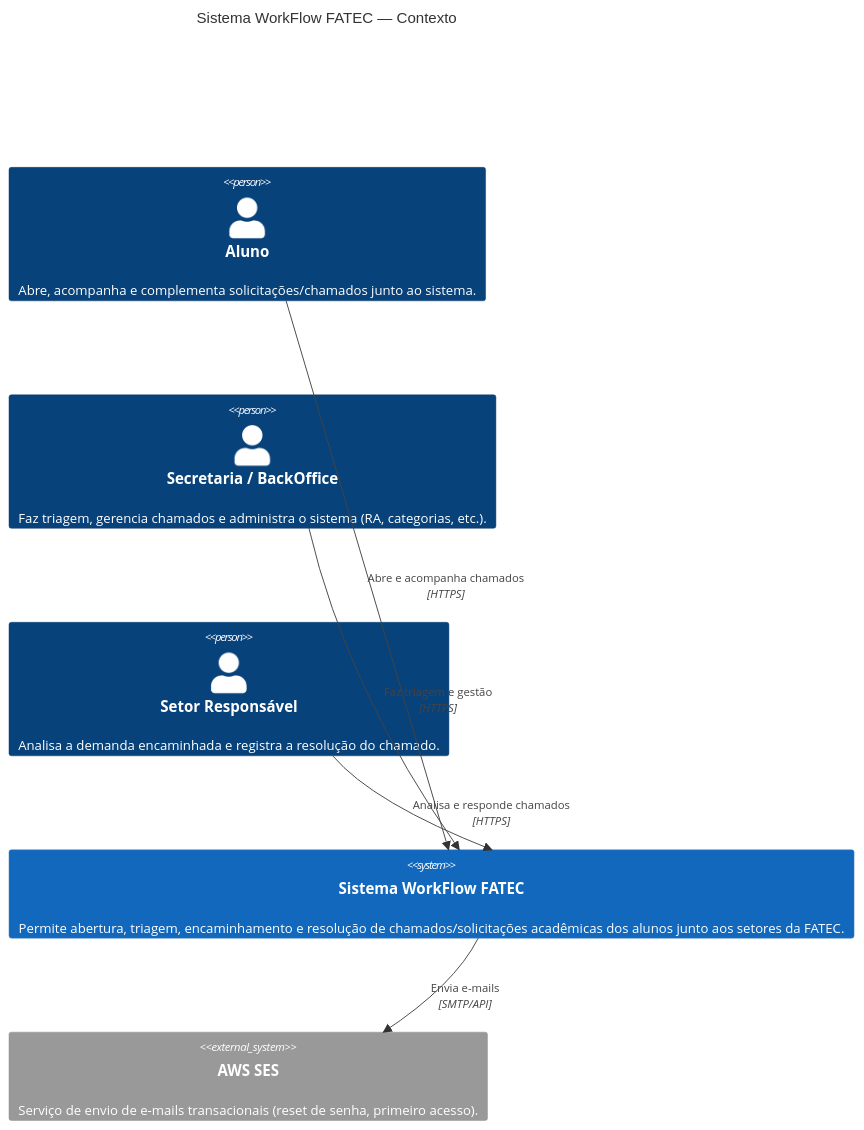
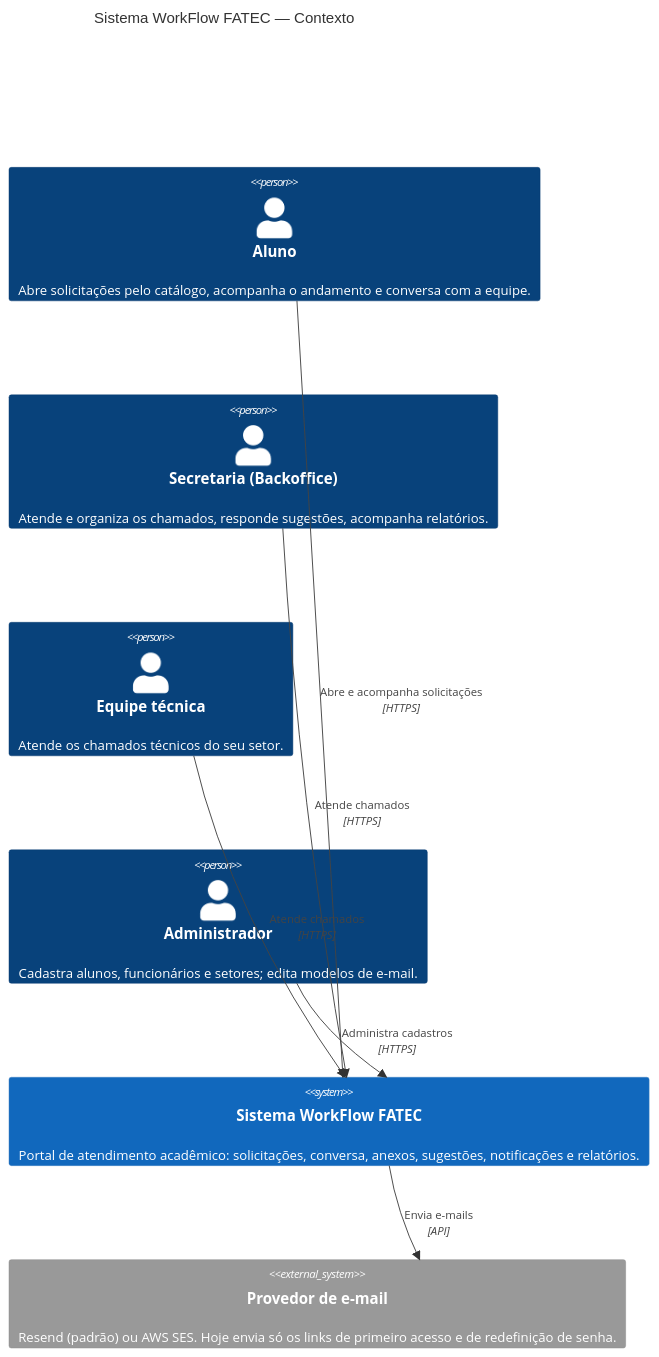
The diagram in docs/Diagrama_C4/01_Contexto.mdx (4dsm2026/docs_fatecProjeto), drawn with Mermaid before and after one commit. The commit also changed other lines of this file and 9 other files, not shown here.

````diff
--- a/docs/Diagrama_C4/01_Contexto.mdx
+++ b/docs/Diagrama_C4/01_Contexto.mdx
@@ -10,19 +10,21 @@
 ```mermaid
 C4Context
     title Sistema WorkFlow FATEC — Contexto
 
-    Person(aluno, "Aluno", "Abre, acompanha e complementa solicitações/chamados junto ao sistema.")
-    Person(secretaria, "Secretaria / BackOffice", "Faz triagem, gerencia chamados e administra o sistema (RA, categorias, etc.).")
-    Person(setor, "Setor Responsável", "Analisa a demanda encaminhada e registra a resolução do chamado.")
+    Person(aluno, "Aluno", "Abre solicitações pelo catálogo, acompanha o andamento e conversa com a equipe.")
+    Person(secretaria, "Secretaria (Backoffice)", "Atende e organiza os chamados, responde sugestões, acompanha relatórios.")
+    Person(tecnico, "Equipe técnica", "Atende os chamados técnicos do seu setor.")
+    Person(admin, "Administrador", "Cadastra alunos, funcionários e setores; edita modelos de e-mail.")
 
-    System(workflow, "Sistema WorkFlow FATEC", "Permite abertura, triagem, encaminhamento e resolução de chamados/solicitações acadêmicas dos alunos junto aos setores da FATEC.")
+    System(workflow, "Sistema WorkFlow FATEC", "Portal de atendimento acadêmico: solicitações, conversa, anexos, sugestões, notificações e relatórios.")
 
-    System_Ext(ses, "AWS SES", "Serviço de envio de e-mails transacionais (reset de senha, primeiro acesso).")
+    System_Ext(email, "Provedor de e-mail", "Resend (padrão) ou AWS SES. Hoje envia só os links de primeiro acesso e de redefinição de senha.")
 
-    Rel(aluno, workflow, "Abre e acompanha chamados", "HTTPS")
-    Rel(secretaria, workflow, "Faz triagem e gestão", "HTTPS")
-    Rel(setor, workflow, "Analisa e responde chamados", "HTTPS")
-    Rel(workflow, ses, "Envia e-mails", "SMTP/API")
+    Rel(aluno, workflow, "Abre e acompanha solicitações", "HTTPS")
+    Rel(secretaria, workflow, "Atende chamados", "HTTPS")
+    Rel(tecnico, workflow, "Atende chamados", "HTTPS")
+    Rel(admin, workflow, "Administra cadastros", "HTTPS")
+    Rel(workflow, email, "Envia e-mails", "API")
 
-    UpdateLayoutConfig($c4ShapeInRow="3", $c4BoundaryInRow="1")
+    UpdateLayoutConfig($c4ShapeInRow="4", $c4BoundaryInRow="1")
 ```
````
